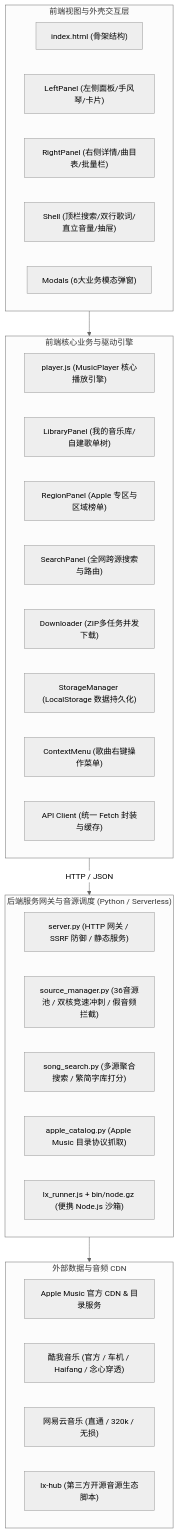
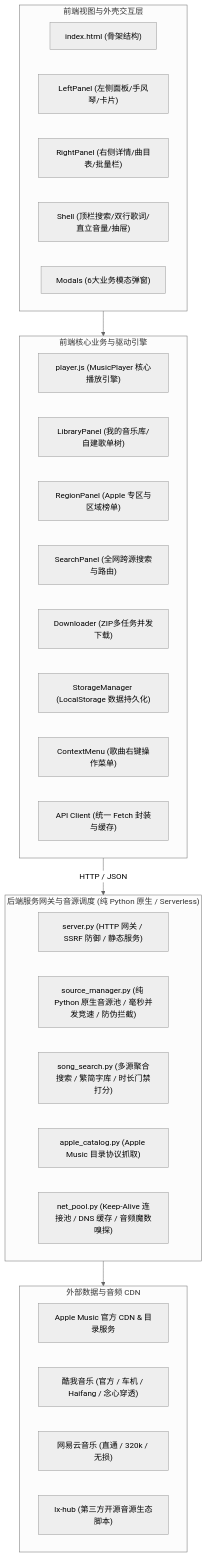
The first of 2 diagrams in ARCHITECTURE.md (ichbinyytak/yy_amusic), drawn with Mermaid (neutral theme) before and after one commit. The commit also changed other lines of this file and 9 other files, not shown here.

Commit message:
refactor(sources): 全面演进为纯 Python 原生架构，剔除 Node 沙箱与 32MB 二进制包，引入时长硬门禁与音频魔数嗅探 (v6.3.6)

````diff
--- a/ARCHITECTURE.md
+++ b/ARCHITECTURE.md
@@ -9,40 +9,40 @@
 ```mermaid
 flowchart TD
     subgraph UI["前端视图与外壳交互层"]
         HTML["index.html (骨架结构)"]
         LeftView["LeftPanel (左侧面板/手风琴/卡片)"]
         RightView["RightPanel (右侧详情/曲目表/批量栏)"]
         Shell["Shell (顶栏搜索/双行歌词/直立音量/抽屉)"]
         Modals["Modals (6大业务模态弹窗)"]
     end
 
     subgraph Core["前端核心业务与驱动引擎"]
         Player["player.js (MusicPlayer 核心播放引擎)"]
         Library["LibraryPanel (我的音乐库/自建歌单树)"]
         Region["RegionPanel (Apple 专区与区域榜单)"]
         Search["SearchPanel (全网跨源搜索与路由)"]
         Downloader["Downloader (ZIP多任务并发下载)"]
         Storage["StorageManager (LocalStorage 数据持久化)"]
         ContextMenu["ContextMenu (歌曲右键操作菜单)"]
         API["API Client (统一 Fetch 封装与缓存)"]
     end
 
-    subgraph Backend["后端服务网关与音源调度 (Python / Serverless)"]
+    subgraph Backend["后端服务网关与音源调度 (纯 Python 原生 / Serverless)"]
         Server["server.py (HTTP 网关 / SSRF 防御 / 静态服务)"]
-        SourceHub["source_manager.py (36音源池 / 双核竞速冲刺 / 假音频拦截)"]
-        SongSearch["song_search.py (多源聚合搜索 / 繁简字库打分)"]
+        SourceHub["source_manager.py (纯 Python 原生音源池 / 毫秒并发竞速 / 防伪拦截)"]
+        SongSearch["song_search.py (多源聚合搜索 / 繁简字库 / 时长门禁打分)"]
         Catalog["apple_catalog.py (Apple Music 目录协议抓取)"]
-        NodeSandbox["lx_runner.js + bin/node.gz (便携 Node.js 沙箱)"]
+        NetPool["net_pool.py (Keep-Alive 连接池 / DNS 缓存 / 音频魔数嗅探)"]
     end
 
     subgraph Data["外部数据与音频 CDN"]
         AppleAPI["Apple Music 官方 CDN & 目录服务"]
         KuwoCDN["酷我音乐 (官方 / 车机 / Haifang / 念心穿透)"]
         NeteaseCDN["网易云音乐 (直通 / 320k / 无损)"]
         LXHub["lx-hub (第三方开源音源生态脚本)"]
     end
 
     UI --> Core
     Core -->|HTTP / JSON| Backend
     Backend --> Data
 ```
````
